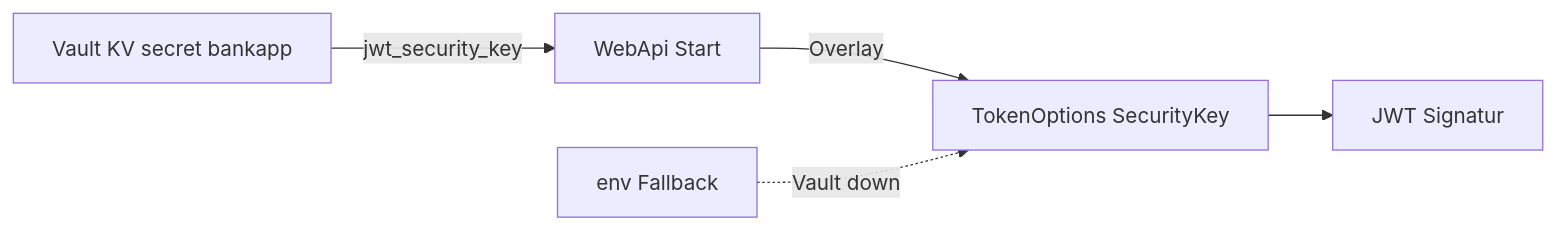
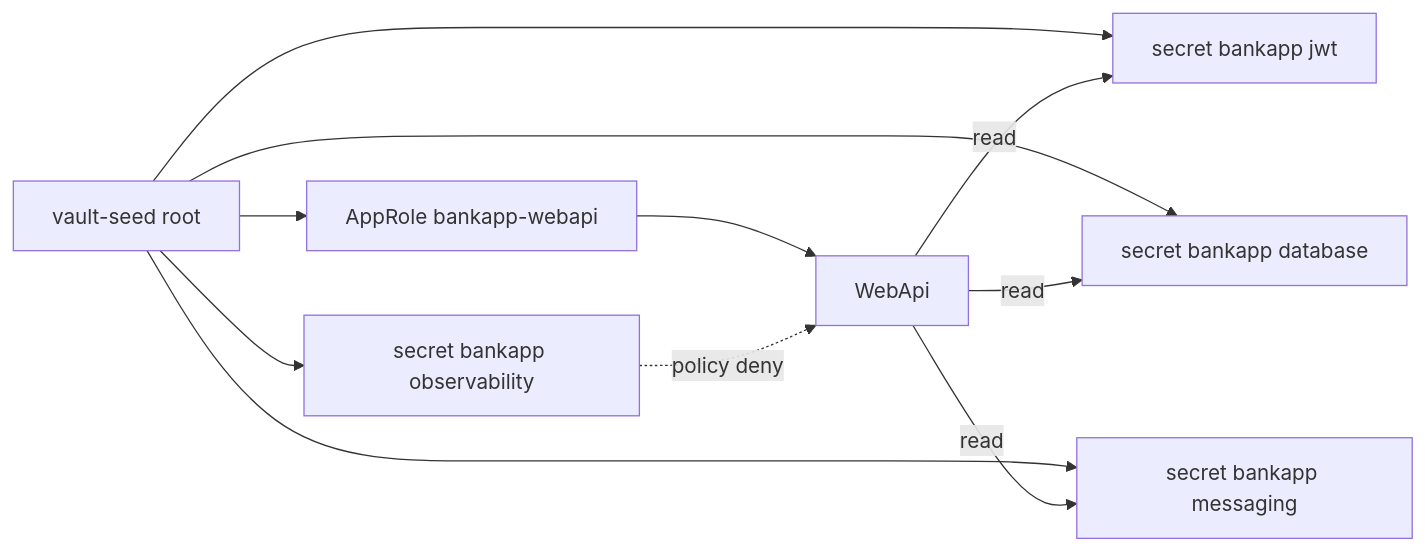
Before and after one commit to fdeniz07/BankApp: the first of 2 diagrams in docs/learning/de/19-vault-lab.md, drawn with Mermaid. The commit also changed other lines of this file and 6 other files, not shown here.

First line of the commit message:
doc: Document Vault AppRole and split KV paths

````diff
--- a/docs/learning/de/19-vault-lab.md
+++ b/docs/learning/de/19-vault-lab.md
@@ -14,7 +14,13 @@
 ```mermaid
 flowchart LR
-  V["Vault KV secret bankapp"] -->|"jwt_security_key"| W["WebApi Start"]
-  W -->|"Overlay"| C["TokenOptions SecurityKey"]
-  C --> JWT["JWT Signatur"]
-  ENV["env Fallback"] -.->|"Vault down"| C
+  seed["vault-seed root"] --> jwtPath["secret bankapp jwt"]
+  seed --> dbPath["secret bankapp database"]
+  seed --> mqPath["secret bankapp messaging"]
+  seed --> obsPath["secret bankapp observability"]
+  seed --> role["AppRole bankapp-webapi"]
+  role --> api["WebApi"]
+  api -->|"read"| jwtPath
+  api -->|"read"| dbPath
+  api -->|"read"| mqPath
+  obsPath -.->|"policy deny"| api
 ```
````
